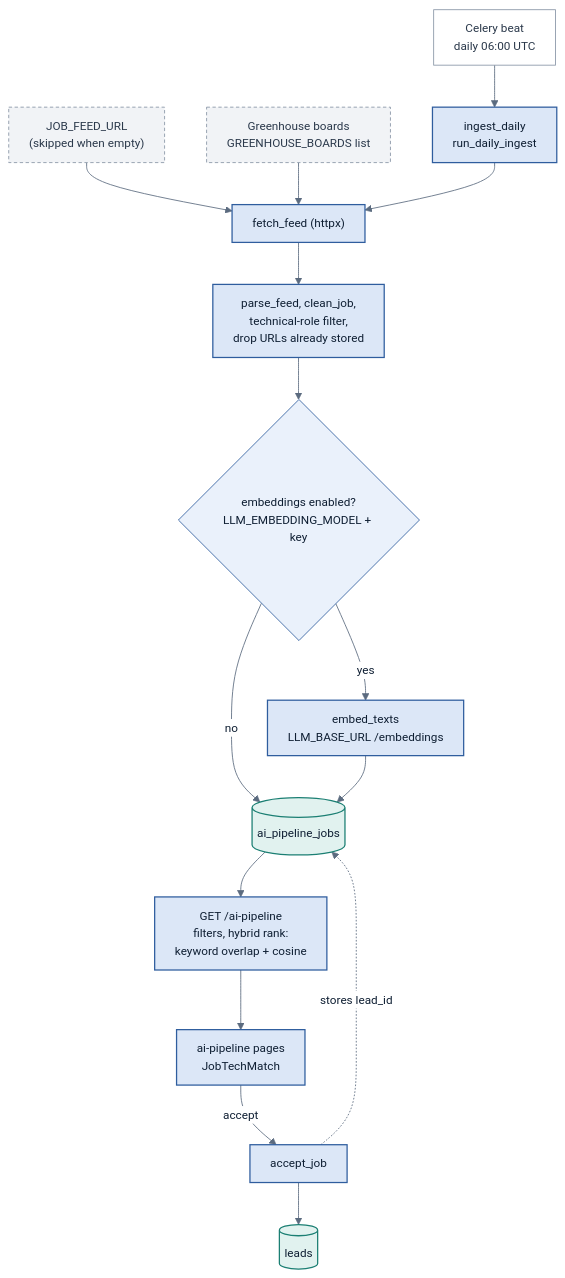
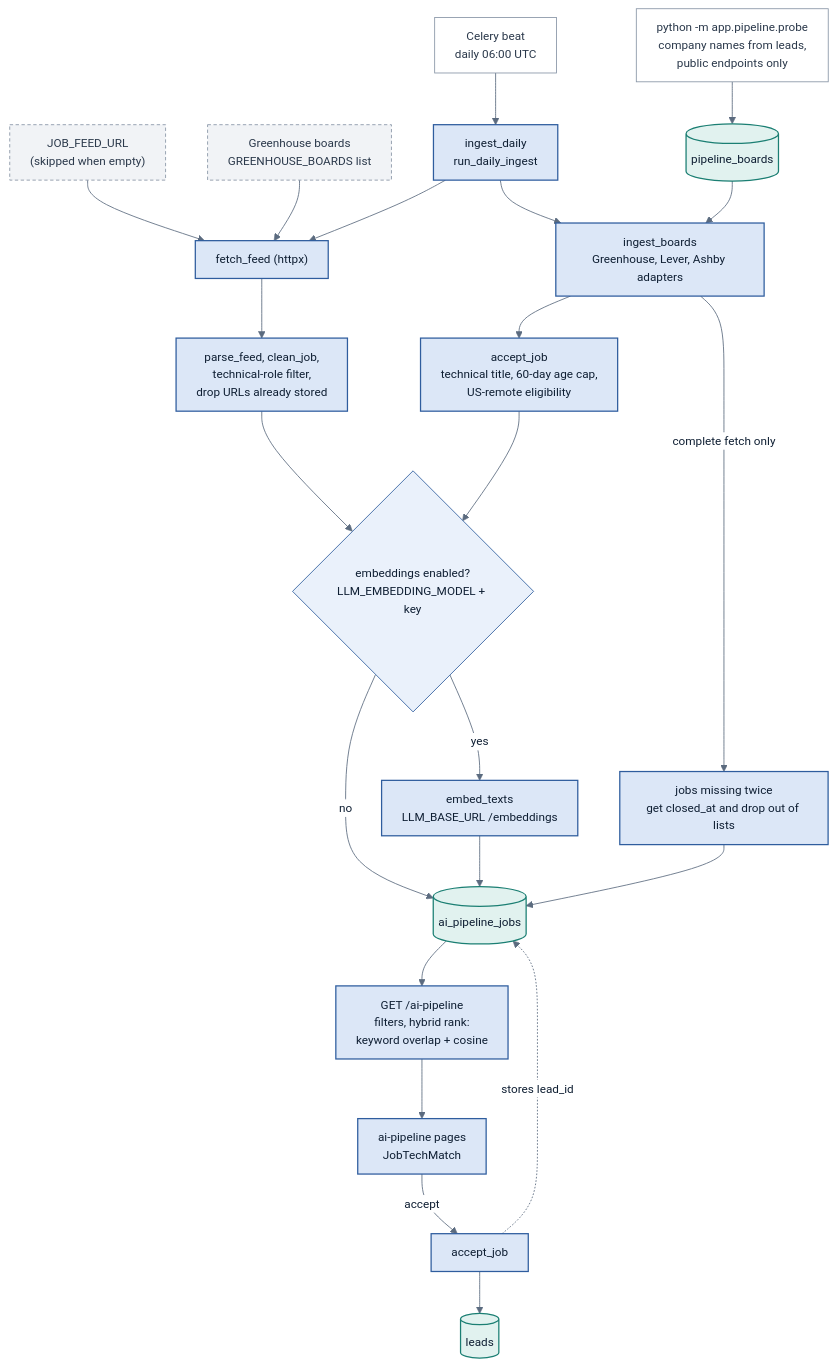
Before and after one commit to saimm97/lead-management-system: the seventh of 8 diagrams in docs/ARCHITECTURE.md, drawn with Mermaid. The commit also changed other lines of this file and 7 other files, not shown here.

Commit message:
test(pipeline): eligibility, adapters and ingest tests; update architecture docs

````diff
--- a/docs/ARCHITECTURE.md
+++ b/docs/ARCHITECTURE.md
@@ -223,28 +224,35 @@
 ```mermaid
 %%{init: {'theme':'base','themeVariables':{'fontFamily':'Arial, Helvetica, sans-serif','fontSize':'14px','primaryColor':'#EAF1FB','primaryBorderColor':'#2F5D9E','primaryTextColor':'#0F1F33','secondaryColor':'#F3F5F8','tertiaryColor':'#F7F9FC','lineColor':'#5B6B7F','textColor':'#0F1F33','clusterBkg':'#F6F8FB','clusterBorder':'#C3CDDA','edgeLabelBackground':'#FFFFFF','actorBkg':'#EAF1FB','actorBorder':'#2F5D9E','actorTextColor':'#0F1F33','actorLineColor':'#9AA8BA','signalColor':'#3B4A5E','signalTextColor':'#0F1F33','labelBoxBkgColor':'#EAF1FB','labelBoxBorderColor':'#2F5D9E','noteBkgColor':'#F3F5F8','noteBorderColor':'#9AA8BA','activationBkgColor':'#DCE7F7','sequenceNumberColor':'#FFFFFF','attributeBackgroundColorOdd':'#F6F8FB','attributeBackgroundColorEven':'#FFFFFF'},'flowchart':{'curve':'basis','padding':12}}}%%
 flowchart TB
 BEAT["Celery beat<br/>daily 06:00 UTC"] --> ING["ingest_daily<br/>run_daily_ingest"]
 f1["JOB_FEED_URL<br/>(skipped when empty)"] --> FETCH
 f2["Greenhouse boards<br/>GREENHOUSE_BOARDS list"] --> FETCH
+PROBE["python -m app.pipeline.probe<br/>company names from leads,<br/>public endpoints only"] --> BOARDS[("pipeline_boards")]
 ING --> FETCH["fetch_feed (httpx)"]
+ING --> BF["ingest_boards<br/>Greenhouse, Lever, Ashby adapters"]
+BOARDS --> BF
 FETCH --> CLEAN["parse_feed, clean_job,<br/>technical-role filter,<br/>drop URLs already stored"]
+BF --> ELIG["accept_job<br/>technical title, 60-day age cap,<br/>US-remote eligibility"]
 CLEAN --> EMB{"embeddings enabled?<br/>LLM_EMBEDDING_MODEL + key"}
+ELIG --> EMB
 EMB -->|"yes"| VEC["embed_texts<br/>LLM_BASE_URL /embeddings"]
 EMB -->|"no"| STORE
 VEC --> STORE[("ai_pipeline_jobs")]
+BF -->|"complete fetch only"| CLOSE["jobs missing twice<br/>get closed_at and drop out of lists"]
+CLOSE --> STORE
 STORE --> LIST["GET /ai-pipeline<br/>filters, hybrid rank:<br/>keyword overlap + cosine"]
 LIST --> UI["ai-pipeline pages<br/>JobTechMatch"]
 UI -->|"accept"| ACC["accept_job"]
 ACC --> LEAD[("leads")]
 ACC -.->|"stores lead_id"| STORE
 classDef layer fill:#DCE7F7,stroke:#2F5D9E,stroke-width:1.5px,color:#0F1F33
 classDef aux fill:#FFFFFF,stroke:#8794A5,color:#2B394B
 classDef store fill:#E1F2EF,stroke:#1B7F73,stroke-width:1.5px,color:#0F1F33
 classDef ext fill:#F1F3F6,stroke:#8794A5,stroke-dasharray:4 3,color:#2B394B
 classDef actor fill:#1F3A5F,stroke:#1F3A5F,color:#FFFFFF
 classDef warn fill:#FDECEA,stroke:#B3261E,stroke-dasharray:4 3,color:#7A1B15
-class ING,FETCH,CLEAN,VEC,LIST,UI,ACC layer
-class BEAT aux
+class ING,FETCH,CLEAN,VEC,LIST,UI,ACC,BF,ELIG,CLOSE layer
+class BEAT,PROBE aux
 class f1,f2 ext
-class STORE,LEAD store
+class STORE,LEAD,BOARDS store
 ```
````
